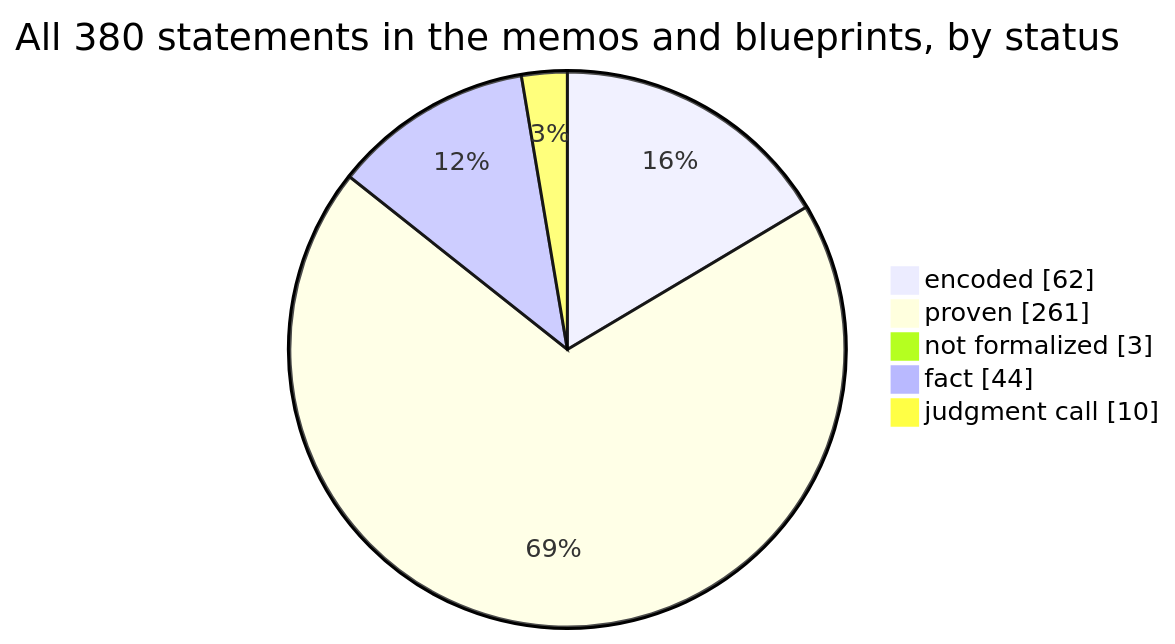
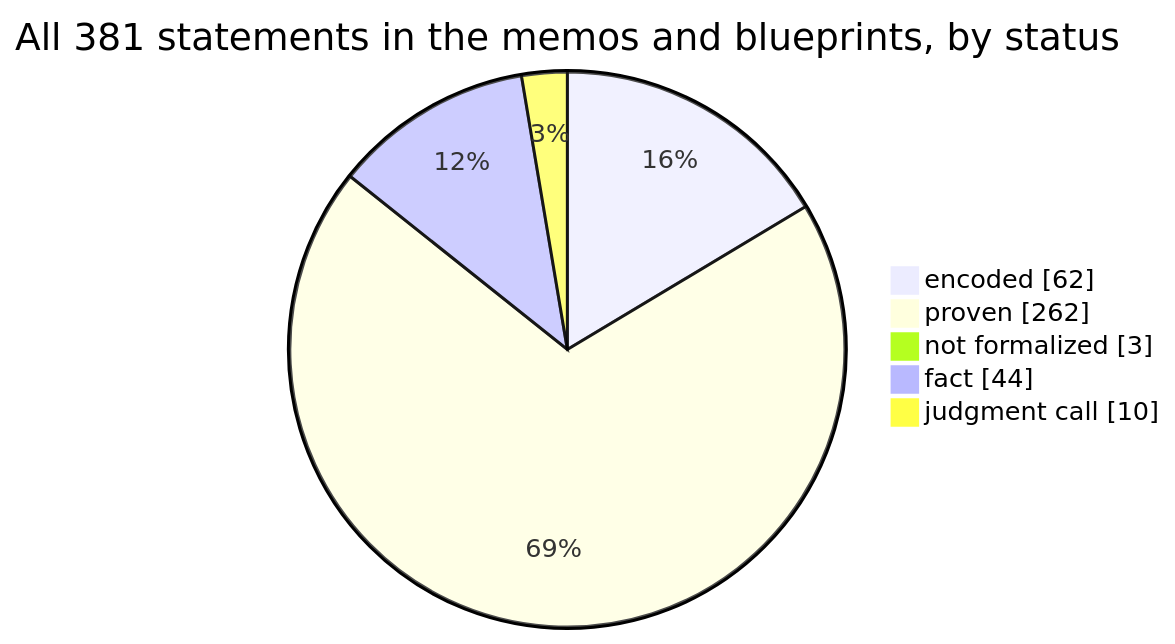
One commit to SeanWMurray/Canteen changed the first of 4 diagrams in docs/graphs/dashboard.md. Above: the diagram before and after it, drawn with Mermaid. The commit also changed other lines of this file and 14 other files, not shown here.

````diff
--- a/docs/graphs/dashboard.md
+++ b/docs/graphs/dashboard.md
@@ -11,8 +11,8 @@
 ```mermaid
-pie showData title All 380 statements in the memos and blueprints, by status
+pie showData title All 381 statements in the memos and blueprints, by status
     "encoded" : 62
-    "proven" : 261
+    "proven" : 262
     "not formalized" : 3
     "fact" : 44
     "judgment call" : 10
 ```
````
